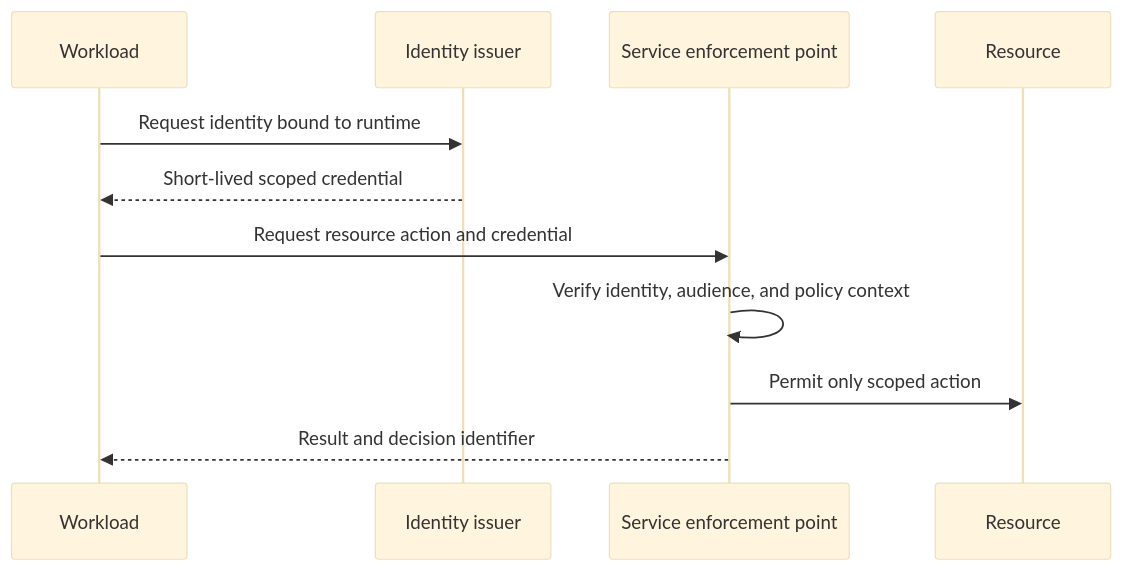
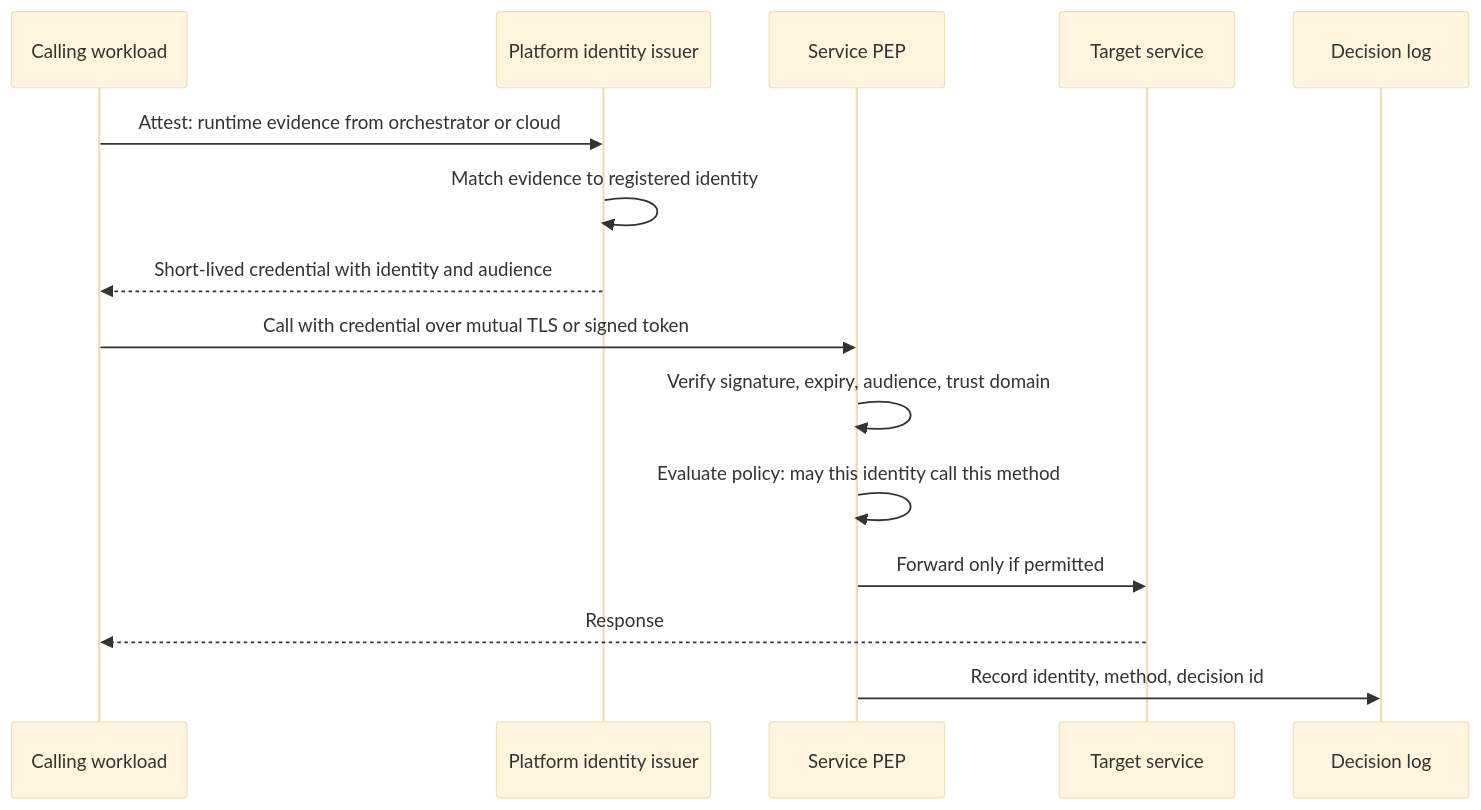
The third of 13 diagrams in 15_Security/CH08_Zero_Trust.md (joydasss/Architect), drawn with Mermaid (base theme) before and after one commit. The commit also changed other lines of this file and 295 other files, not shown here.

````diff
--- a/15_Security/CH08_Zero_Trust.md
+++ b/15_Security/CH08_Zero_Trust.md
@@ -29,13 +182,17 @@
 ```mermaid
 sequenceDiagram
-    participant Workload
-    participant Issuer as Identity issuer
-    participant PEP as Service enforcement point
-    participant Resource
-    Workload->>Issuer: Request identity bound to runtime
-    Issuer-->>Workload: Short-lived scoped credential
-    Workload->>PEP: Request resource action and credential
-    PEP->>PEP: Verify identity, audience, and policy context
-    PEP->>Resource: Permit only scoped action
-    PEP-->>Workload: Result and decision identifier
+    participant W as Calling workload
+    participant I as Platform identity issuer
+    participant P as Service PEP
+    participant R as Target service
+    participant L as Decision log
+    W->>I: Attest: runtime evidence from orchestrator or cloud
+    I->>I: Match evidence to registered identity
+    I-->>W: Short-lived credential with identity and audience
+    W->>P: Call with credential over mutual TLS or signed token
+    P->>P: Verify signature, expiry, audience, trust domain
+    P->>P: Evaluate policy: may this identity call this method
+    P->>R: Forward only if permitted
+    R-->>W: Response
+    P->>L: Record identity, method, decision id
 ```
````
